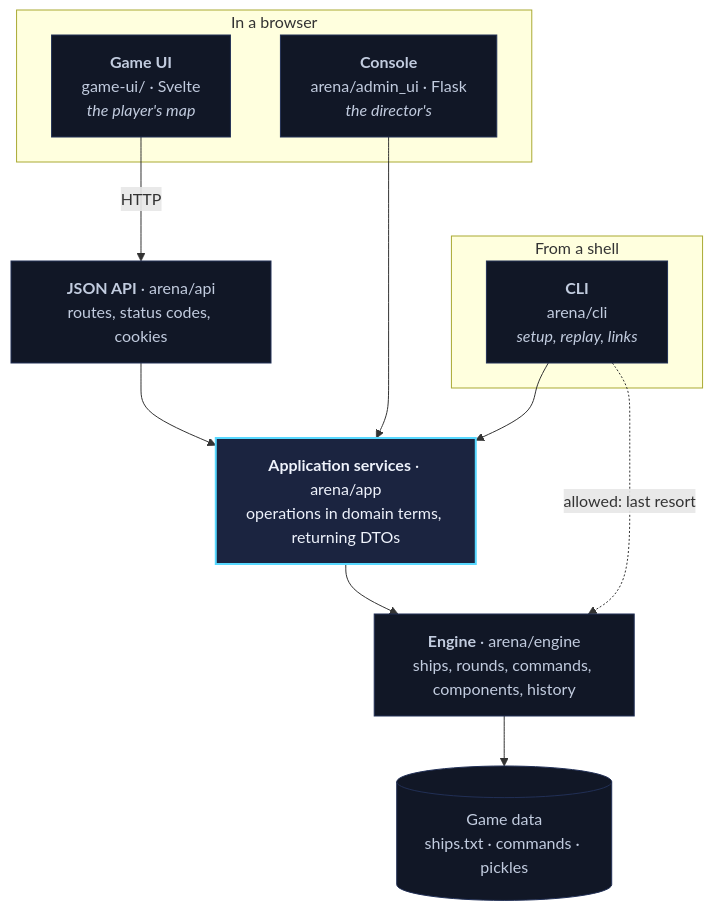
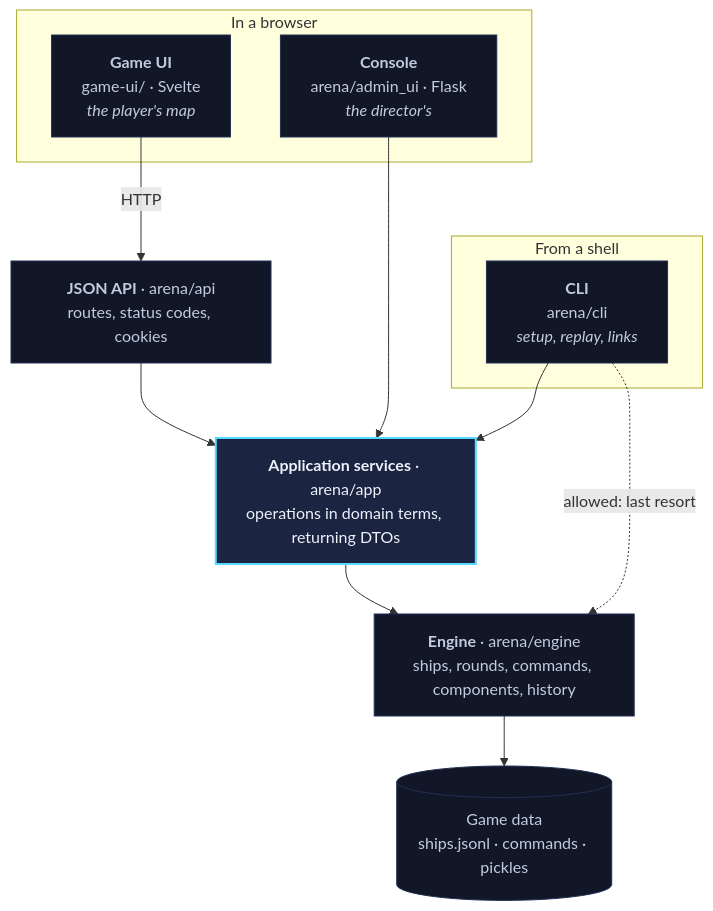
One commit to sbeaumont/starship-arena changed the first of 2 diagrams in docs/architecture.md. Above: the diagram before and after it, drawn with Mermaid. The commit also changed other lines of this file and 30 other files, not shown here.

````diff
--- a/docs/architecture.md
+++ b/docs/architecture.md
@@ -9,30 +9,30 @@
 ```mermaid
 flowchart TD
     subgraph browser ["In a browser"]
         GameUI["<b>Game UI</b><br/>game-ui/ · Svelte<br/><i>the player's map</i>"]
         Console["<b>Console</b><br/>arena/admin_ui · Flask<br/><i>the director's</i>"]
     end
     subgraph shell ["From a shell"]
         CLI["<b>CLI</b><br/>arena/cli<br/><i>setup, replay, links</i>"]
     end
 
     API["<b>JSON API</b> · arena/api<br/>routes, status codes, cookies"]
     App["<b>Application services</b> · arena/app<br/>operations in domain terms, returning DTOs"]
     Engine["<b>Engine</b> · arena/engine<br/>ships, rounds, commands, components, history"]
-    Store[("Game data<br/>ships.txt · commands · pickles")]
+    Store[("Game data<br/>ships.jsonl · commands · pickles")]
 
     GameUI -->|HTTP| API
     API --> App
     Console --> App
     CLI --> App
     App --> Engine
     Engine --> Store
     CLI -.->|"allowed: last resort"| Engine
 
     classDef seam fill:#1b2440,stroke:#57d8ff,stroke-width:2px,color:#eef2fb
     classDef ui fill:#111726,stroke:#223056,color:#c2ccdf
     classDef core fill:#111726,stroke:#223056,color:#c2ccdf
     class App seam
     class GameUI,Console,CLI,API ui
     class Engine,Store core
 ```
````
